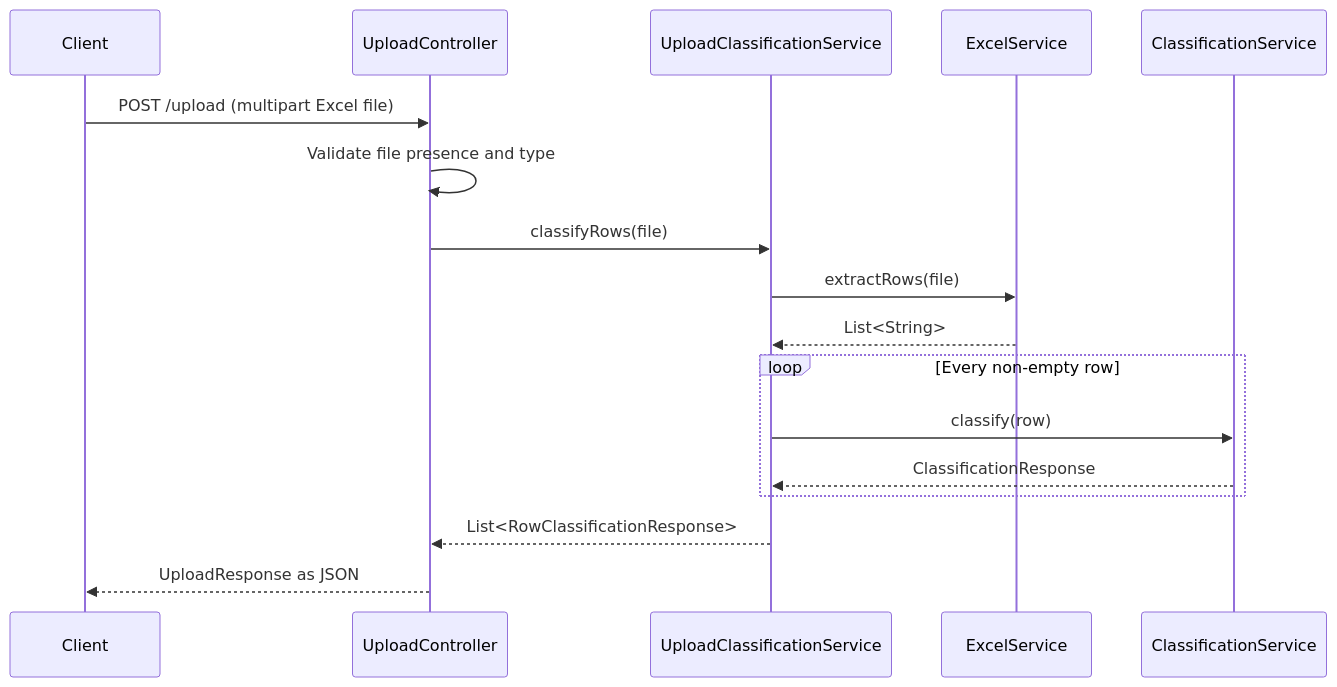
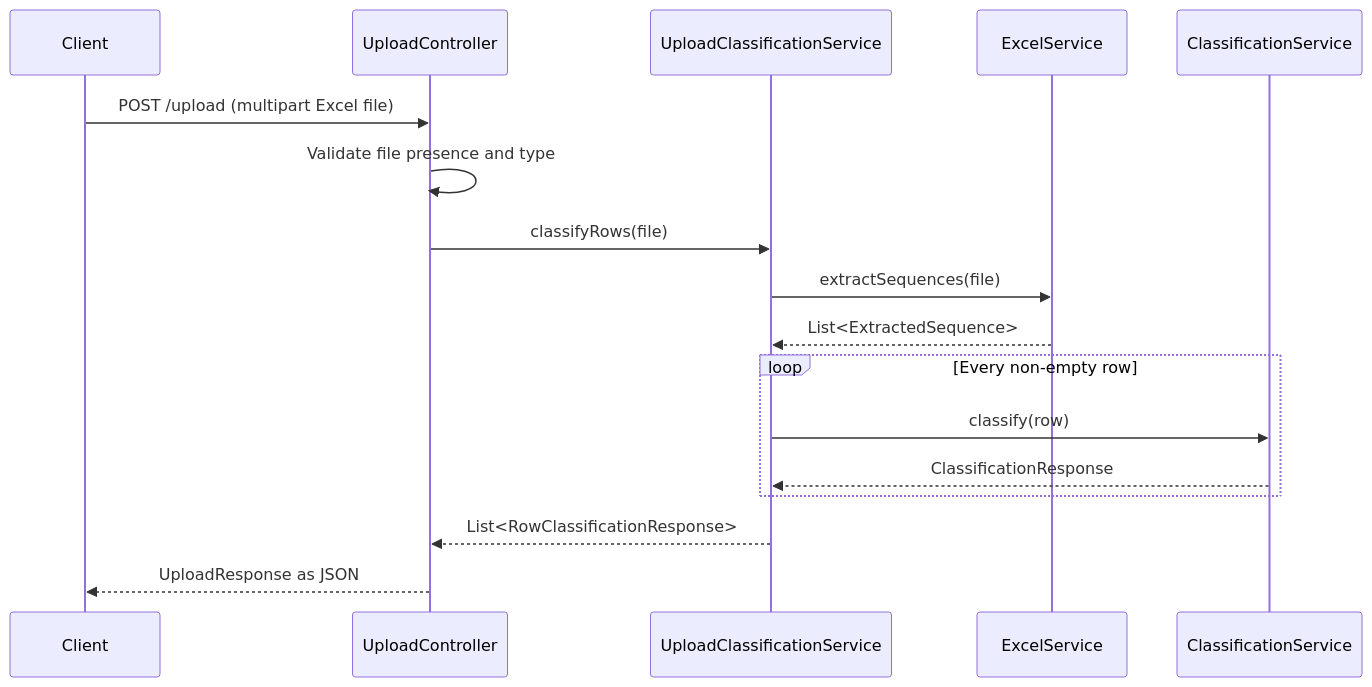
One commit to S-SuryaPrakash/FanityPro changed the third of 5 diagrams in README.md. Above: the diagram before and after it, drawn with Mermaid. The commit also changed other lines of this file and 14 other files, not shown here.

````diff
--- a/README.md
+++ b/README.md
@@ -86,20 +86,20 @@
 ```mermaid
 sequenceDiagram
     participant Client
     participant Controller as UploadController
     participant Coordinator as UploadClassificationService
     participant Excel as ExcelService
     participant Classifier as ClassificationService
 
     Client->>Controller: POST /upload (multipart Excel file)
     Controller->>Controller: Validate file presence and type
     Controller->>Coordinator: classifyRows(file)
-    Coordinator->>Excel: extractRows(file)
-    Excel-->>Coordinator: List<String>
+    Coordinator->>Excel: extractSequences(file)
+    Excel-->>Coordinator: List<ExtractedSequence>
     loop Every non-empty row
         Coordinator->>Classifier: classify(row)
         Classifier-->>Coordinator: ClassificationResponse
     end
     Coordinator-->>Controller: List<RowClassificationResponse>
     Controller-->>Client: UploadResponse as JSON
 ```
````
